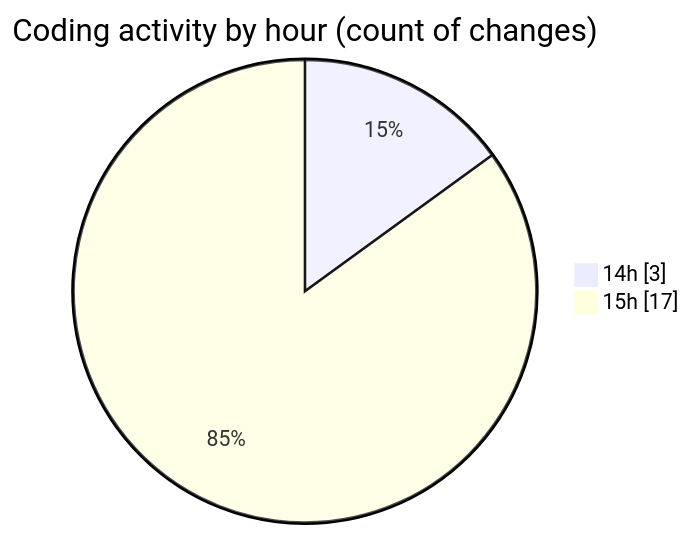
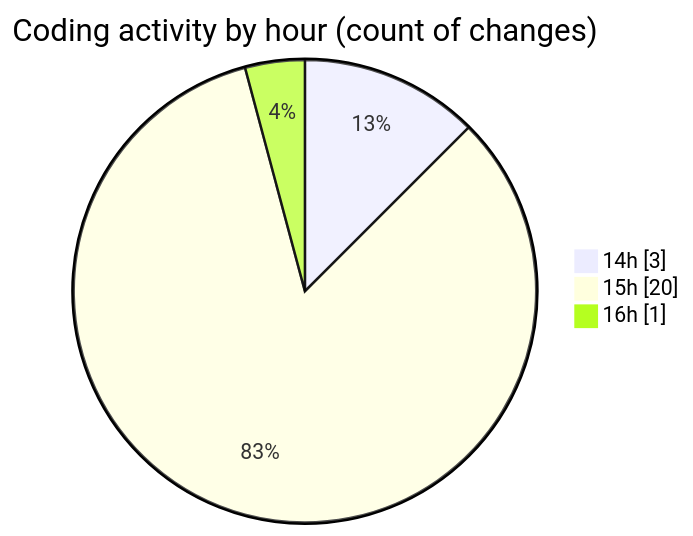
The second of 2 diagrams in 2025-06-02/nxtqube_webapp/README.md (nxtqubesakshisongat/code-tracking), drawn with Mermaid before and after one commit. The commit also changed other lines of this file and 1 other file, not shown here.

````diff
--- a/2025-06-02/nxtqube_webapp/README.md
+++ b/2025-06-02/nxtqube_webapp/README.md
@@ -28,6 +28,7 @@
 ```mermaid
 pie showData
 title Coding activity by hour (count of changes)
 "14h" : 3
-"15h" : 17
+"15h" : 20
+"16h" : 1
 ```
````
